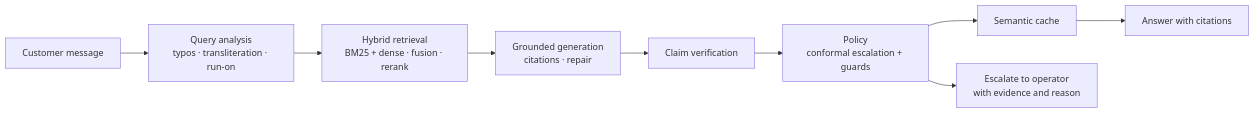
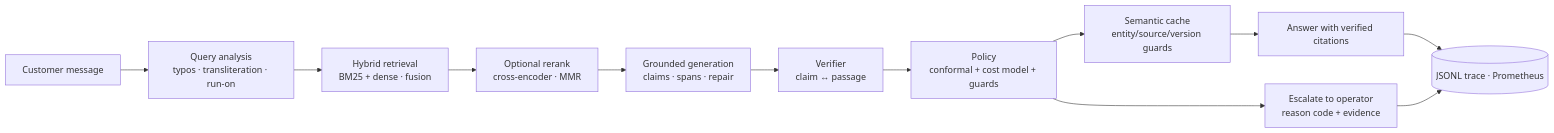
The diagram in README.md (dadgrand/answerdesk), drawn with Mermaid before and after one commit. The commit also changed other lines of this file and 14 other files, not shown here.

````diff
--- a/README.md
+++ b/README.md
@@ -46,11 +50,14 @@
 ```mermaid
 flowchart LR
     Q[Customer message] --> QA[Query analysis<br/>typos · transliteration · run-on]
-    QA --> R[Hybrid retrieval<br/>BM25 + dense · fusion · rerank]
-    R --> G[Grounded generation<br/>citations · repair]
-    G --> V[Claim verification]
-    V --> P[Policy<br/>conformal escalation + guards]
-    P --> C[Semantic cache]
-    C --> A[Answer with citations]
-    P --> E[Escalate to operator<br/>with evidence and reason]
+    QA --> R[Hybrid retrieval<br/>BM25 + dense · fusion]
+    R --> RR[Optional rerank<br/>cross-encoder · MMR]
+    RR --> G[Grounded generation<br/>claims · spans · repair]
+    G --> V[Verifier<br/>claim ↔ passage]
+    V --> P[Policy<br/>conformal + cost model + guards]
+    P --> C[Semantic cache<br/>entity/source/version guards]
+    C --> A[Answer with verified citations]
+    P --> E[Escalate to operator<br/>reason code + evidence]
+    A --> T[(JSONL trace · Prometheus)]
+    E --> T
 ```
````
